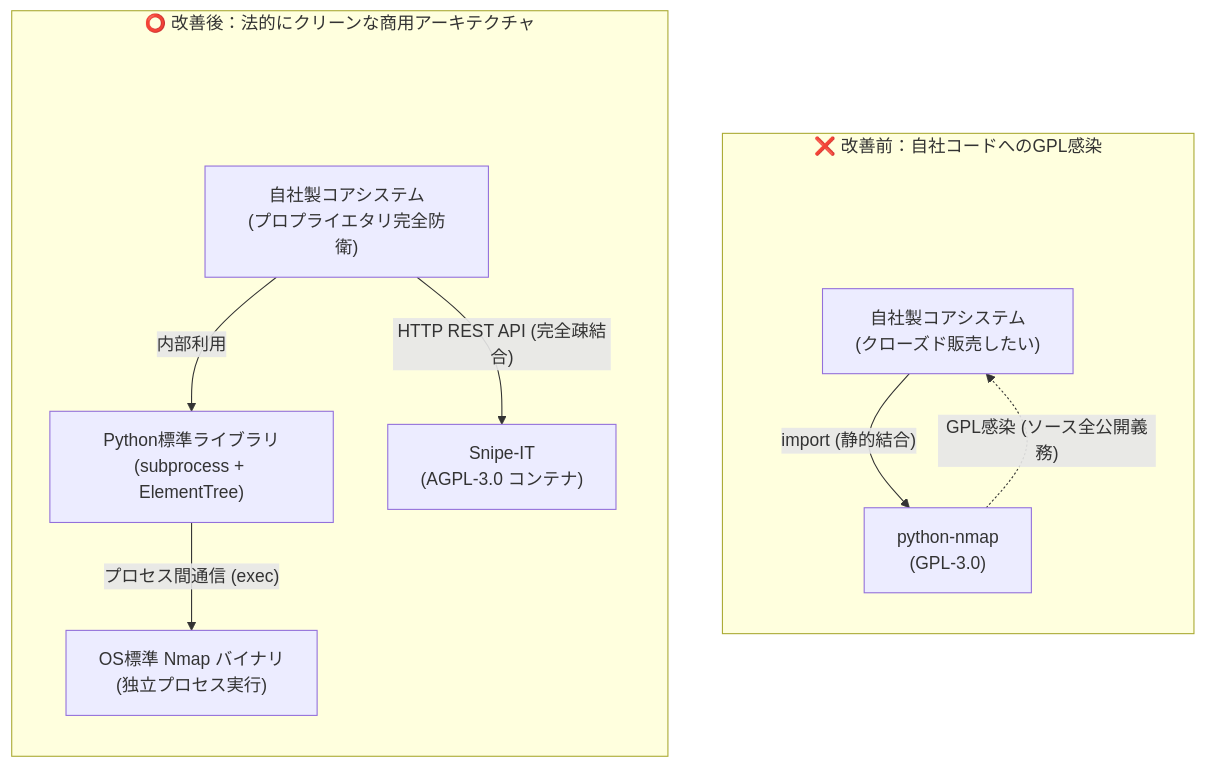
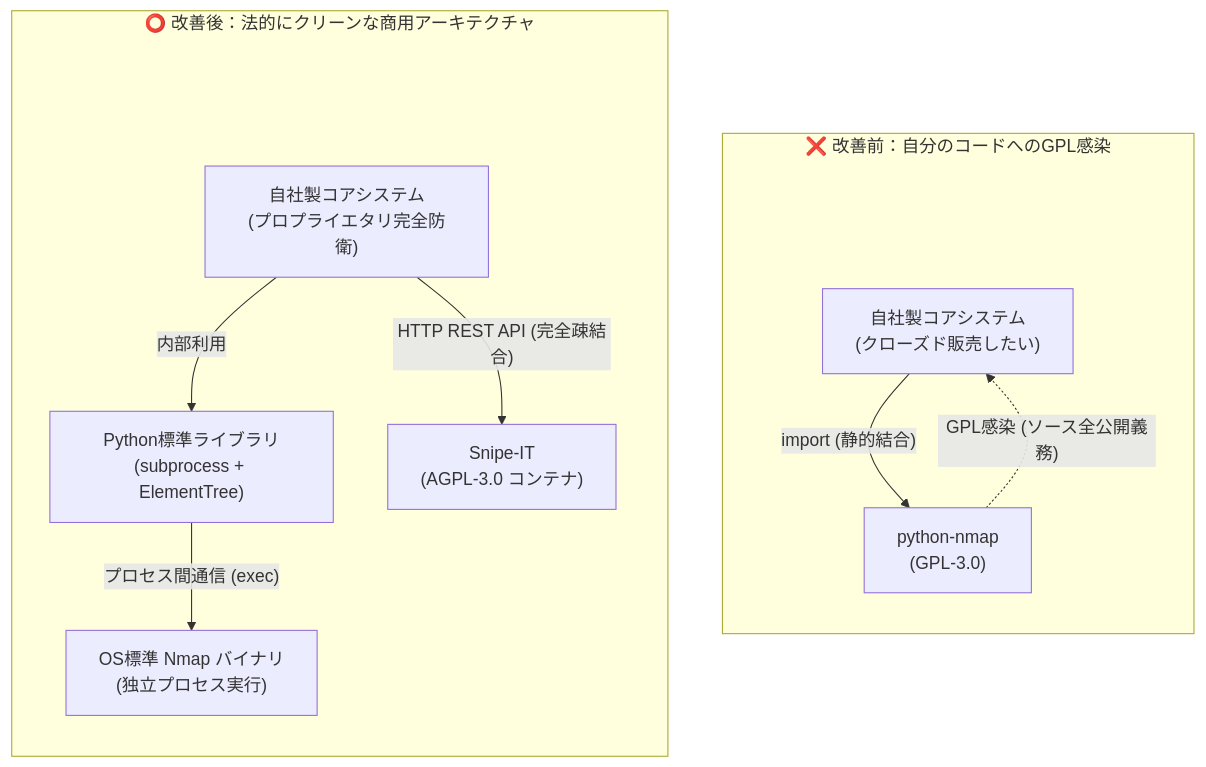
The diagram in QIITA_ARTICLE_DETAIL_7.md (ojisantech/ojisan-arsenal), drawn with Mermaid before and after one commit. The commit also changed other lines of this file, not shown here.

Commit message:
docs: 第7弾 詳細技術リファレンス承認公開およびREADMEリンク更新

````diff
--- a/QIITA_ARTICLE_DETAIL_7.md
+++ b/QIITA_ARTICLE_DETAIL_7.md
@@ -44,26 +44,26 @@
 ```mermaid
 flowchart TD
-    subgraph Danger ["❌ 改善前：自社コードへのGPL感染"]
+    subgraph Danger ["❌ 改善前：自分のコードへのGPL感染"]
         direction TB
         spacer_danger[" "] ~~~ App_Old
         style spacer_danger fill:none,stroke:none;
         App_Old["自社製コアシステム<br/>(クローズド販売したい)"]
         PyNmap["python-nmap<br/>(GPL-3.0)"]
         App_Old -->|"import (静的結合)"| PyNmap
         PyNmap -.->|"GPL感染 (ソース全公開義務)"| App_Old
     end
 
     subgraph Safe ["⭕ 改善後：法的にクリーンな商用アーキテクチャ"]
         direction TB
         spacer_safe[" "] ~~~ App_New
         style spacer_safe fill:none,stroke:none;
         App_New["自社製コアシステム<br/>(プロプライエタリ完全防衛)"]
         StdLib["Python標準ライブラリ<br/>(subprocess + ElementTree)"]
         NmapBin["OS標準 Nmap バイナリ<br/>(独立プロセス実行)"]
         Snipe["Snipe-IT<br/>(AGPL-3.0 コンテナ)"]
         
         App_New -->|"内部利用"| StdLib
         StdLib -->|"プロセス間通信 (exec)"| NmapBin
         App_New -->|"HTTP REST API (完全疎結合)"| Snipe
     end
 ```
````
